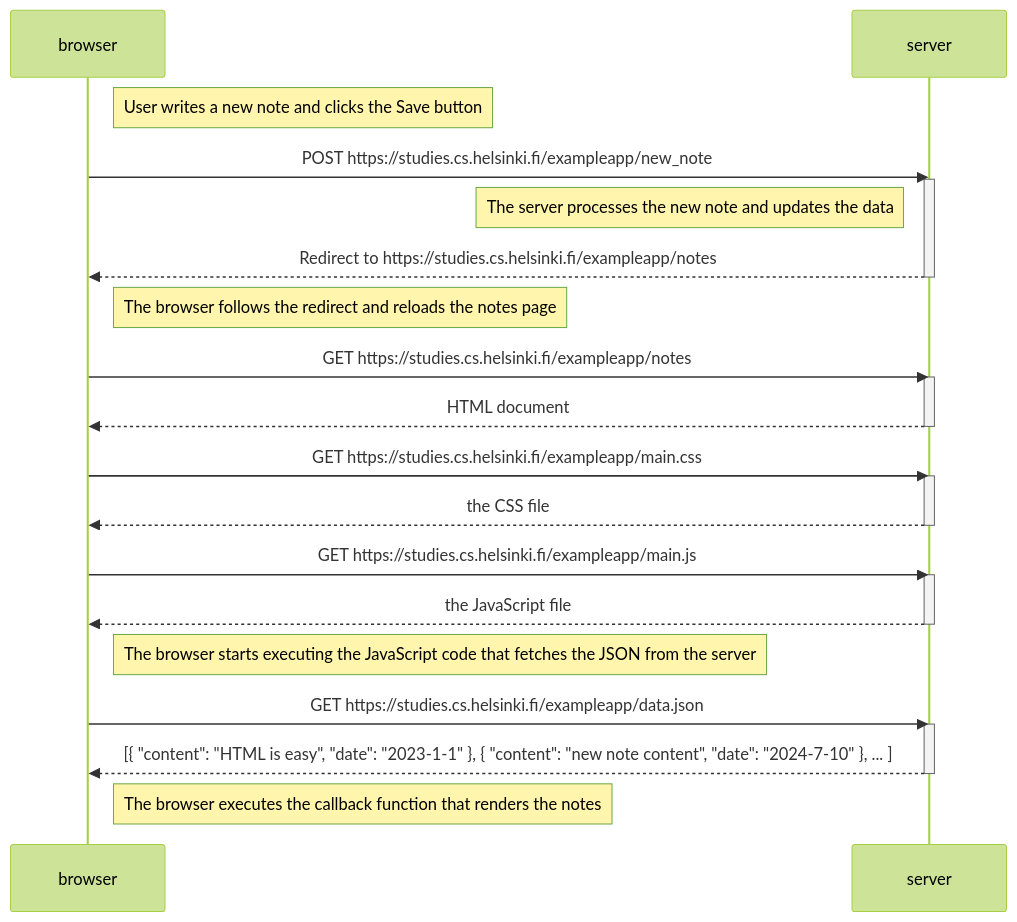
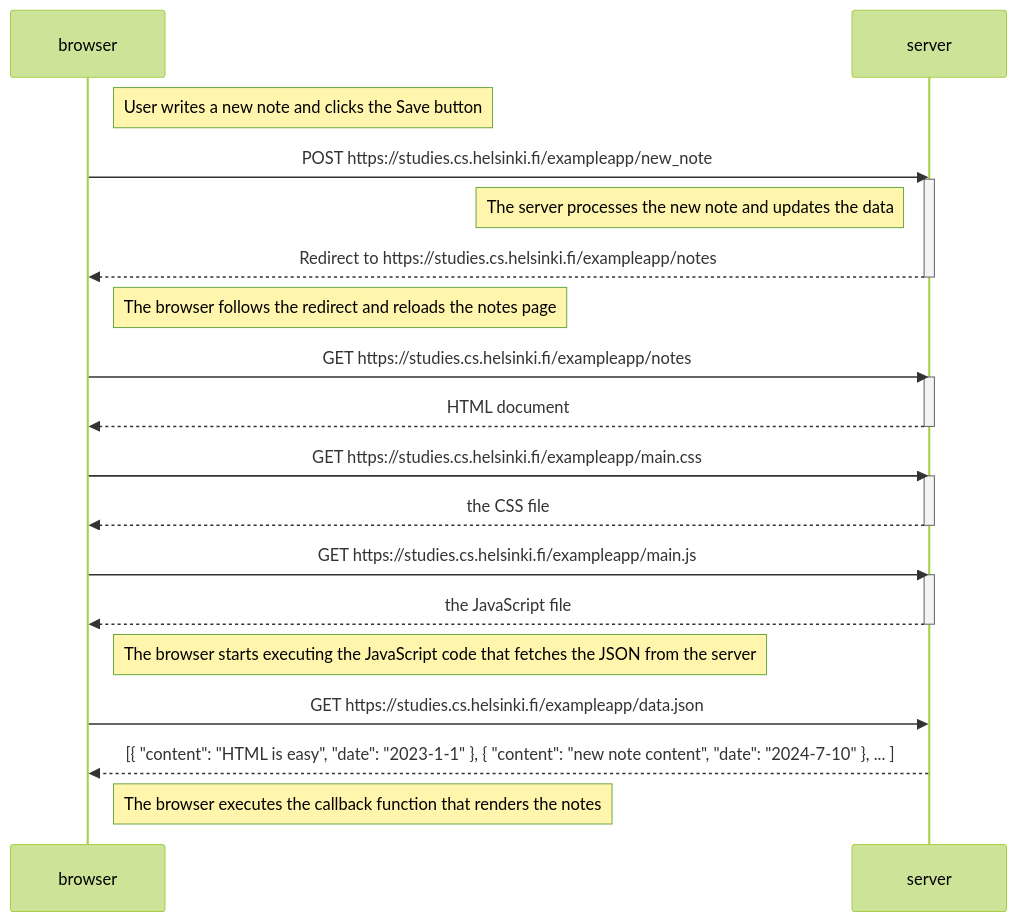
The diagram in part0/sequenceDiagram1.md (rashmikanaveen/my-submissions), drawn with Mermaid (forest theme) before and after one commit.

````diff
--- a/part0/sequenceDiagram1.md
+++ b/part0/sequenceDiagram1.md
@@ -6,40 +6,40 @@
 ```mermaid
 sequenceDiagram
     participant browser
     participant server
 
     Note right of browser: User writes a new note and clicks the Save button
 
     browser->>server: POST https://studies.cs.helsinki.fi/exampleapp/new_note
     activate server
     Note left of server: The server processes the new note and updates the data
     
     server-->>browser: Redirect to https://studies.cs.helsinki.fi/exampleapp/notes
     deactivate server
 
     Note right of browser: The browser follows the redirect and reloads the notes page
     
     browser->>server: GET https://studies.cs.helsinki.fi/exampleapp/notes
     activate server
     server-->>browser: HTML document
     deactivate server
 
     browser->>server: GET https://studies.cs.helsinki.fi/exampleapp/main.css
     activate server
     server-->>browser: the CSS file
     deactivate server
 
     browser->>server: GET https://studies.cs.helsinki.fi/exampleapp/main.js
     activate server
     server-->>browser: the JavaScript file
     deactivate server
 
     Note right of browser: The browser starts executing the JavaScript code that fetches the JSON from the server
 
     browser->>server: GET https://studies.cs.helsinki.fi/exampleapp/data.json
-    activate server
+    
     server-->>browser: [{ "content": "HTML is easy", "date": "2023-1-1" }, { "content": "new note content", "date": "2024-7-10" }, ... ]
-    deactivate server
+    
 
     Note right of browser: The browser executes the callback function that renders the notes
 ```
````
